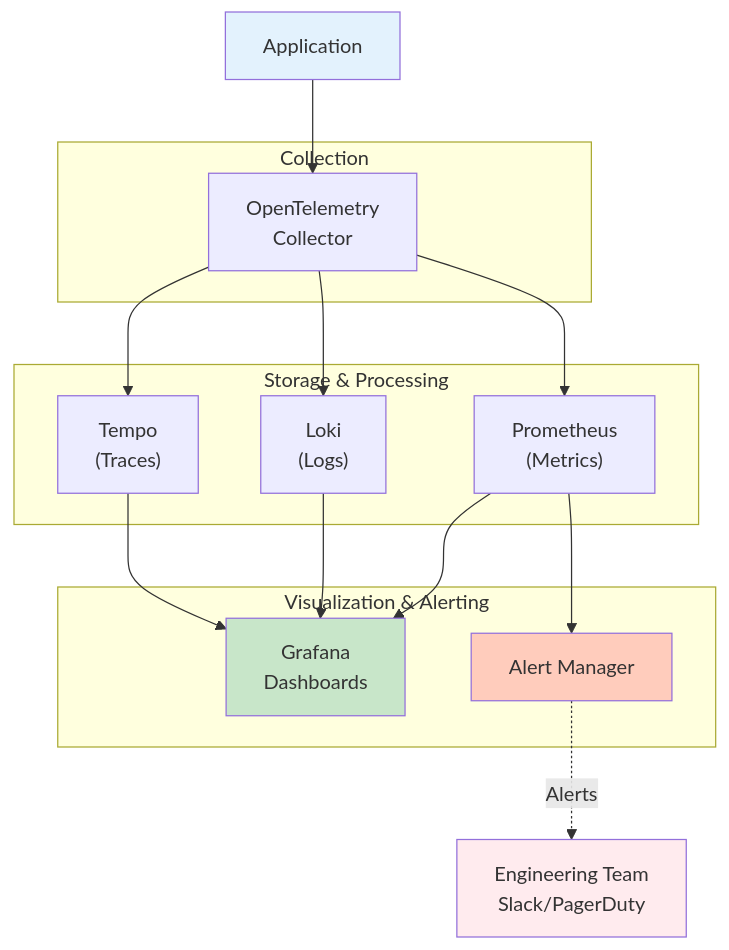
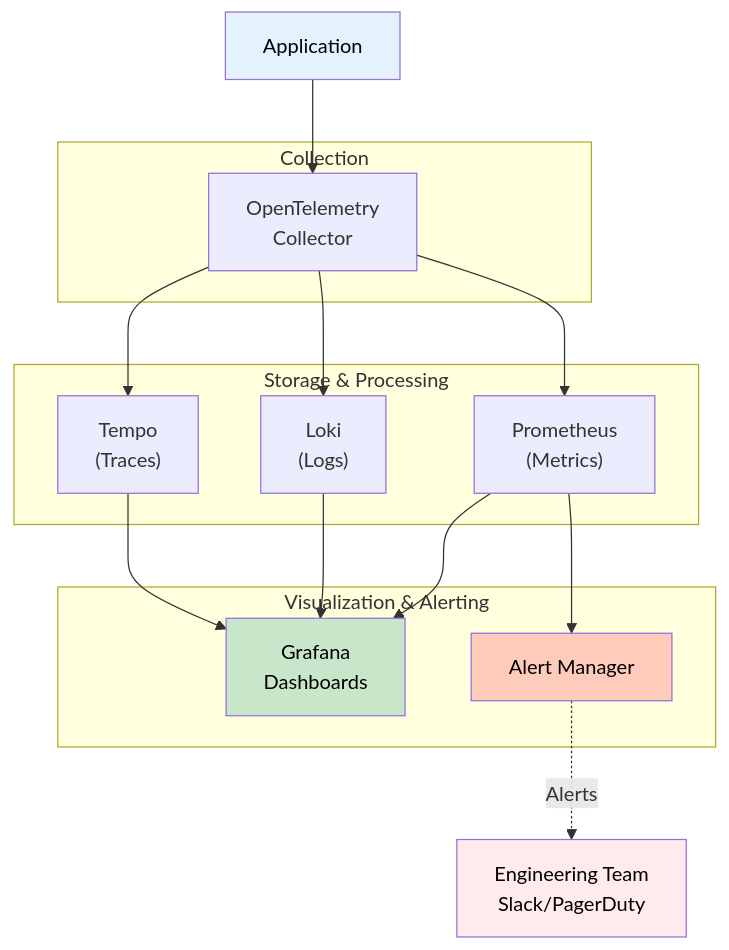
Before and after one commit to ahmed-226/Backend-from-first-principles: the ninth of 12 diagrams in 13.Logging, Monitoring and Observability/README.md, drawn with Mermaid. The commit also changed other lines of this file, not shown here.

````diff
--- a/13.Logging, Monitoring and Observability/README.md
+++ b/13.Logging, Monitoring and Observability/README.md
@@ -718,36 +718,36 @@
 ```mermaid
 graph TB
     App["Application"]
 
     subgraph Collection["Collection"]
         OTel["OpenTelemetry<br/>Collector"]
     end
 
     subgraph Storage["Storage & Processing"]
         Prometheus["Prometheus<br/>(Metrics)"]
         Loki["Loki<br/>(Logs)"]
         Tempo["Tempo<br/>(Traces)"]
     end
 
     subgraph Visualization["Visualization & Alerting"]
         Grafana["Grafana<br/>Dashboards"]
         AlertManager["Alert Manager"]
     end
 
     App --> OTel
     OTel --> Prometheus
     OTel --> Loki
     OTel --> Tempo
 
     Prometheus --> Grafana
     Loki --> Grafana
     Tempo --> Grafana
 
     Prometheus --> AlertManager
     AlertManager -.->|Alerts| Team["Engineering Team<br/>Slack/PagerDuty"]
 
-    style App fill:#e3f2fd
-    style Grafana fill:#c8e6c9
-    style AlertManager fill:#ffccbc
-    style Team fill:#ffebee
+    style App fill:#e3f2fd,color:#000
+    style Grafana fill:#c8e6c9,color:#000
+    style AlertManager fill:#ffccbc,color:#000
+    style Team fill:#ffebee,color:#000
 ```
````
